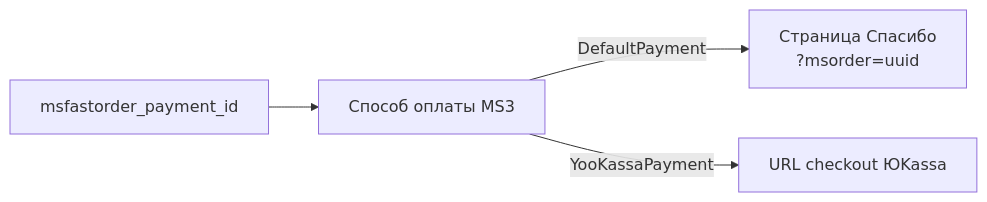
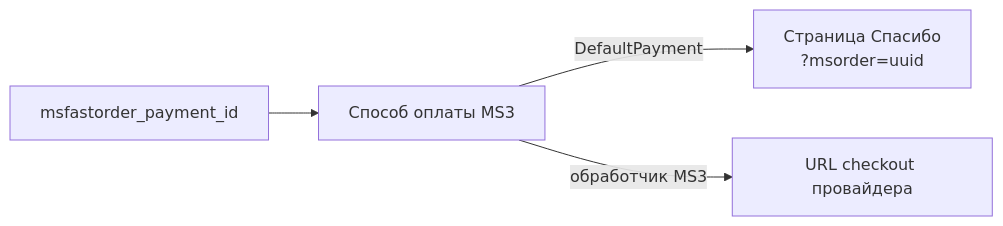
Before and after one commit to modx-pro/Docs: the second of 2 diagrams in docs/components/msfastorder/settings.md, drawn with Mermaid. The commit also changed other lines of this file and 102 other files, not shown here.

````diff
--- a/docs/components/msfastorder/settings.md
+++ b/docs/components/msfastorder/settings.md
@@ -111,6 +117,6 @@
 ```mermaid
 flowchart LR
   PID[msfastorder_payment_id] --> PM[Способ оплаты MS3]
   PM -->|DefaultPayment| THANK[Страница Спасибо<br/>?msorder=uuid]
-  PM -->|YooKassaPayment| YK[URL checkout ЮKassa]
+  PM -->|обработчик MS3| YK[URL checkout провайдера]
 ```
````
